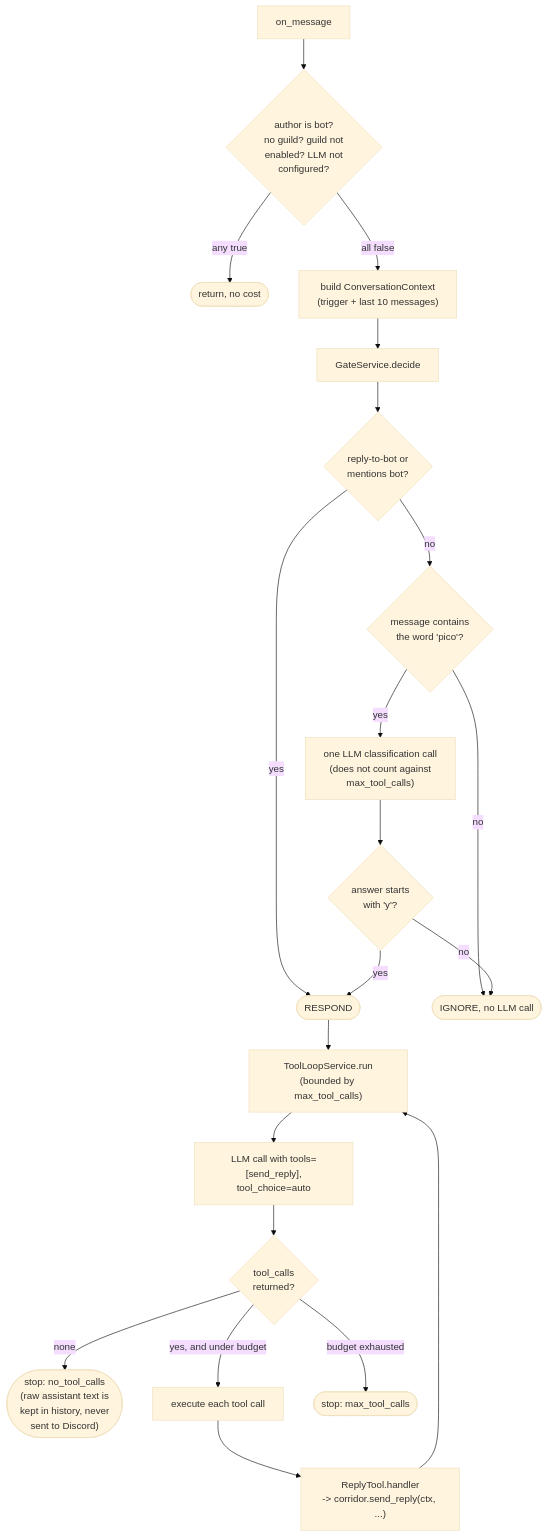
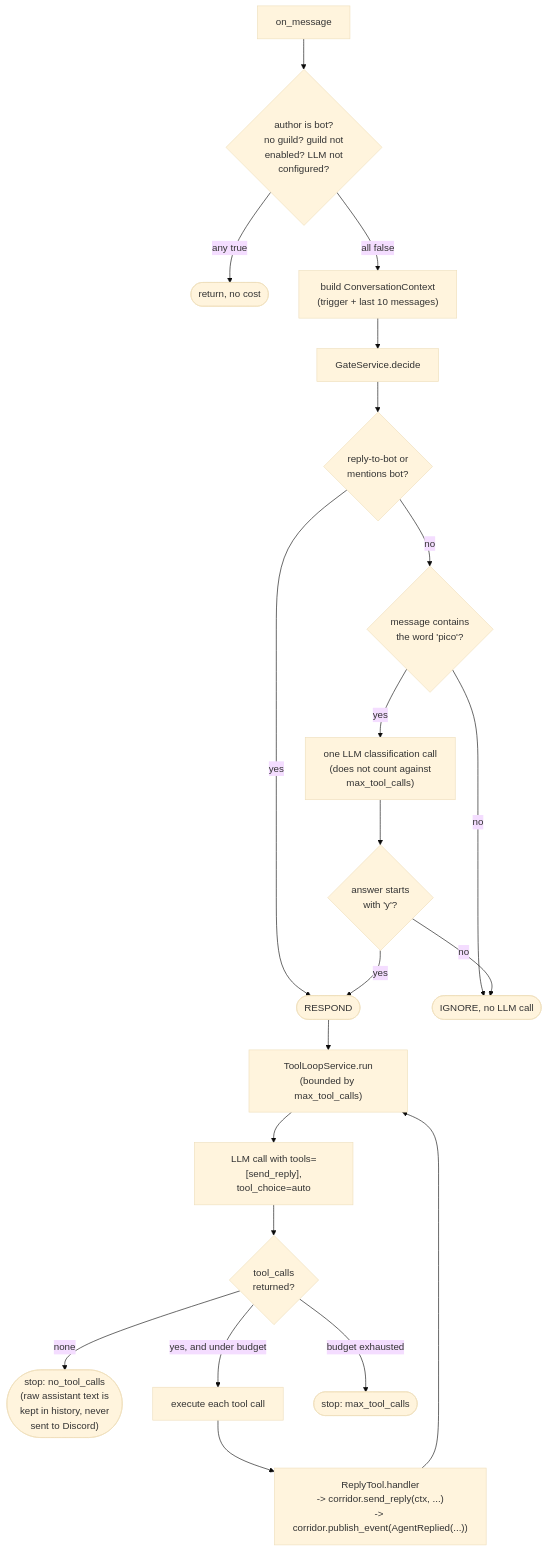
One commit to pixel-agents-hq/pixel-agents-cogs changed the sixth of 7 diagrams in docs/architecture.md. Above: the diagram before and after it, drawn with Mermaid (base theme). The commit also changed other lines of this file and 17 other files, not shown here.

````diff
--- a/docs/architecture.md
+++ b/docs/architecture.md
@@ -198,25 +219,25 @@
 ```mermaid
 flowchart TD
     MSG["on_message"] --> G0{"author is bot?<br/>no guild? guild not<br/>enabled? LLM not<br/>configured?"}
     G0 -->|any true| STOP1(["return, no cost"])
     G0 -->|all false| CTX["build ConversationContext<br/>(trigger + last 10 messages)"]
     CTX --> GATE["GateService.decide"]
 
     GATE --> G1{"reply-to-bot or<br/>mentions bot?"}
     G1 -->|yes| RESPOND
     G1 -->|no| G2{"message contains<br/>the word 'pico'?"}
     G2 -->|no| IGNORE(["IGNORE, no LLM call"])
     G2 -->|yes| CLASSIFY["one LLM classification call<br/>(does not count against<br/>max_tool_calls)"]
     CLASSIFY --> G3{"answer starts<br/>with 'y'?"}
     G3 -->|no| IGNORE
     G3 -->|yes| RESPOND(["RESPOND"])
 
     RESPOND --> LOOP["ToolLoopService.run<br/>(bounded by max_tool_calls)"]
     LOOP --> LLM["LLM call with tools=[send_reply],<br/>tool_choice=auto"]
     LLM --> G4{"tool_calls<br/>returned?"}
     G4 -->|none| STOP2(["stop: no_tool_calls<br/>(raw assistant text is<br/>kept in history, never<br/>sent to Discord)"])
     G4 -->|yes, and under budget| EXEC["execute each tool call"]
-    EXEC --> REPLY["ReplyTool.handler<br/>-> corridor.send_reply(ctx, ...)"]
+    EXEC --> REPLY["ReplyTool.handler<br/>-> corridor.send_reply(ctx, ...)<br/>-> corridor.publish_event(AgentReplied(...))"]
     REPLY --> LOOP
     G4 -->|budget exhausted| STOP3(["stop: max_tool_calls"])
 ```
````
